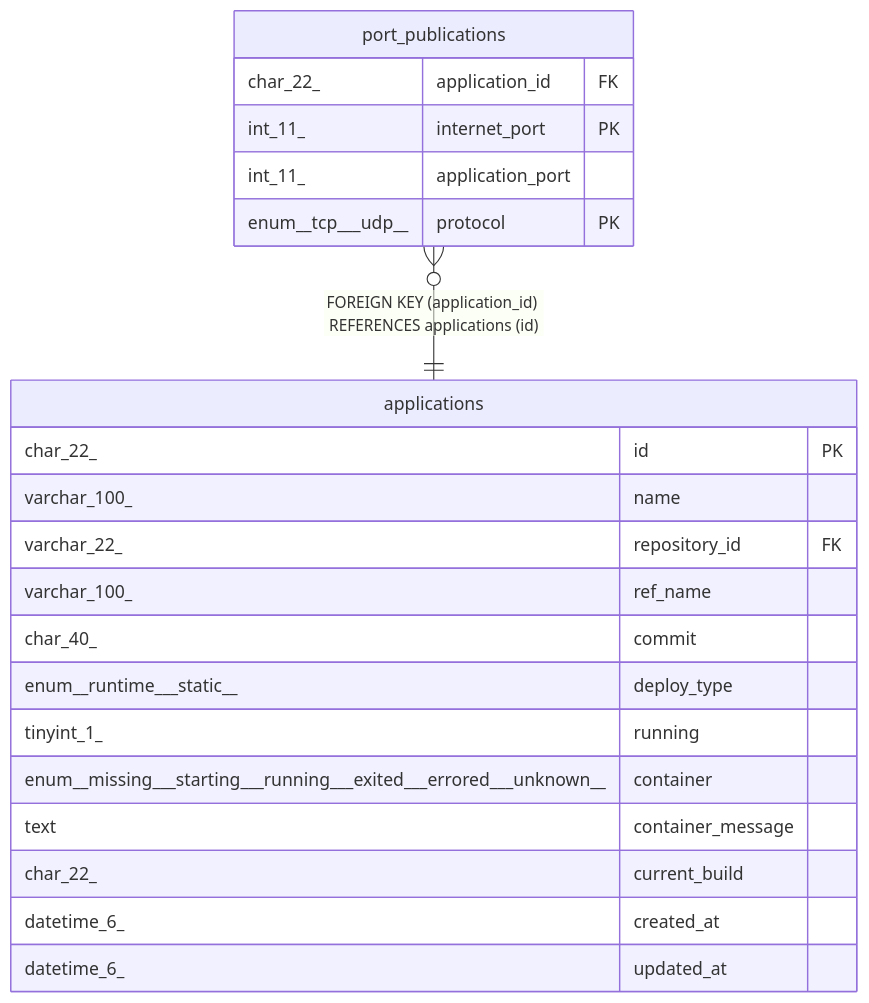
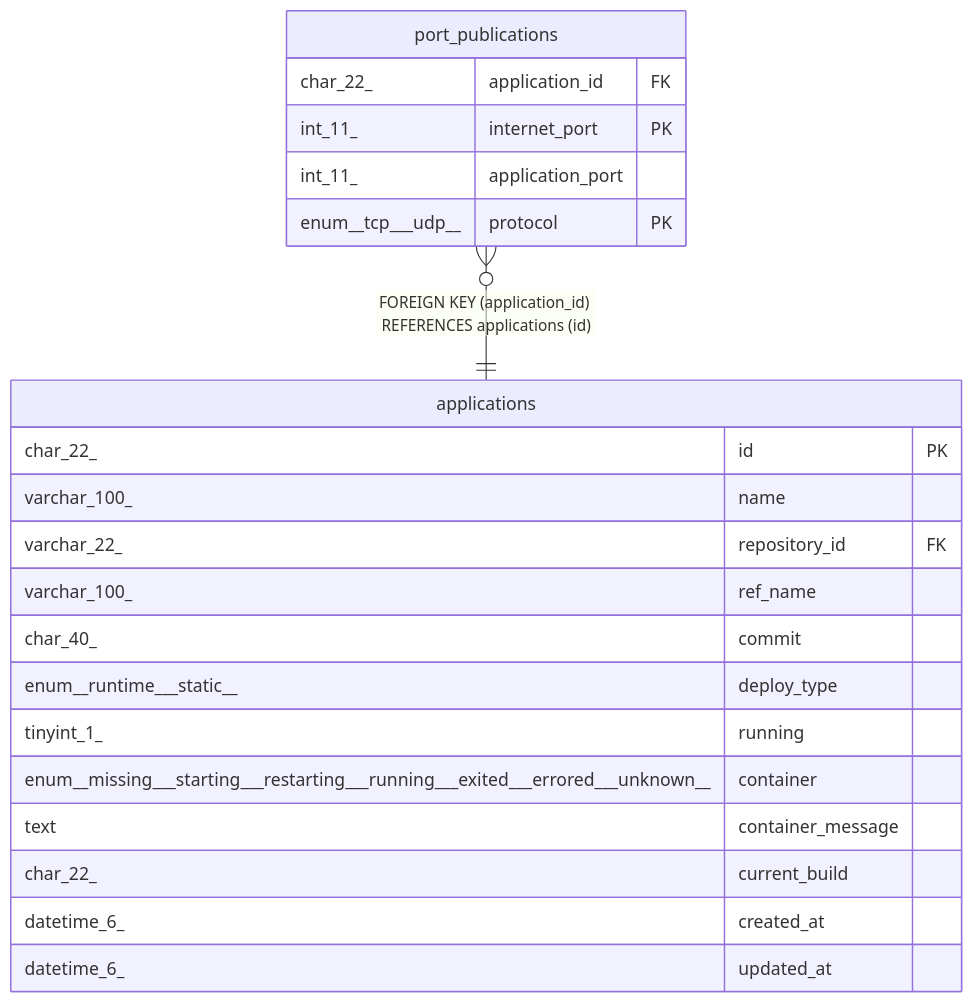
The diagram in docs/dbschema/port_publications.md (traPtitech/NeoShowcase), drawn with Mermaid before and after one commit. The commit also changed 16 other files, not shown here.

````diff
--- a/docs/dbschema/port_publications.md
+++ b/docs/dbschema/port_publications.md
@@ -49,26 +49,26 @@
 ```mermaid
 erDiagram
 
 "port_publications" }o--|| "applications" : "FOREIGN KEY (application_id) REFERENCES applications (id)"
 
 "port_publications" {
   char_22_ application_id FK
   int_11_ internet_port PK
   int_11_ application_port
   enum__tcp___udp__ protocol PK
 }
 "applications" {
   char_22_ id PK
   varchar_100_ name
   varchar_22_ repository_id FK
   varchar_100_ ref_name
   char_40_ commit
   enum__runtime___static__ deploy_type
   tinyint_1_ running
-  enum__missing___starting___running___exited___errored___unknown__ container
+  enum__missing___starting___restarting___running___exited___errored___unknown__ container
   text container_message
   char_22_ current_build
   datetime_6_ created_at
   datetime_6_ updated_at
 }
 ```
````
